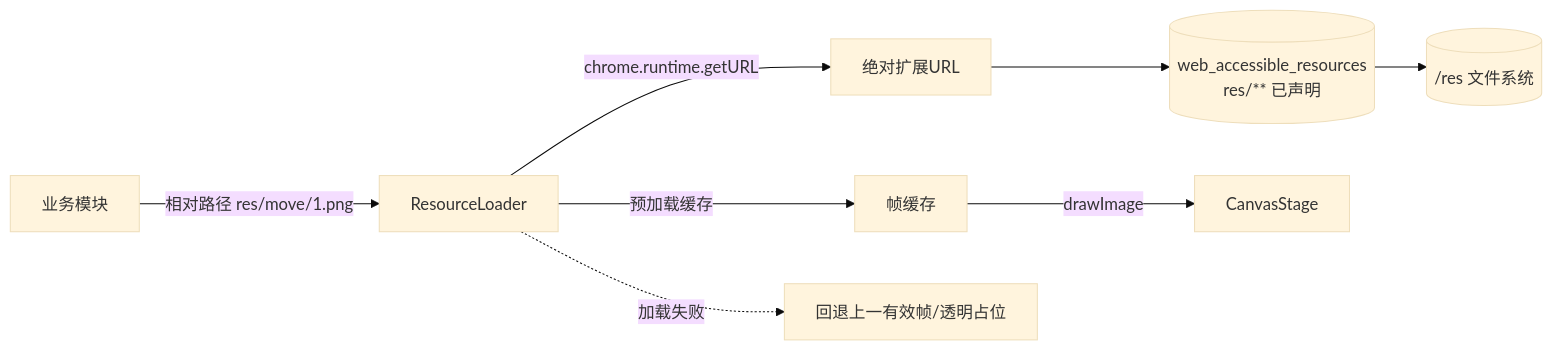
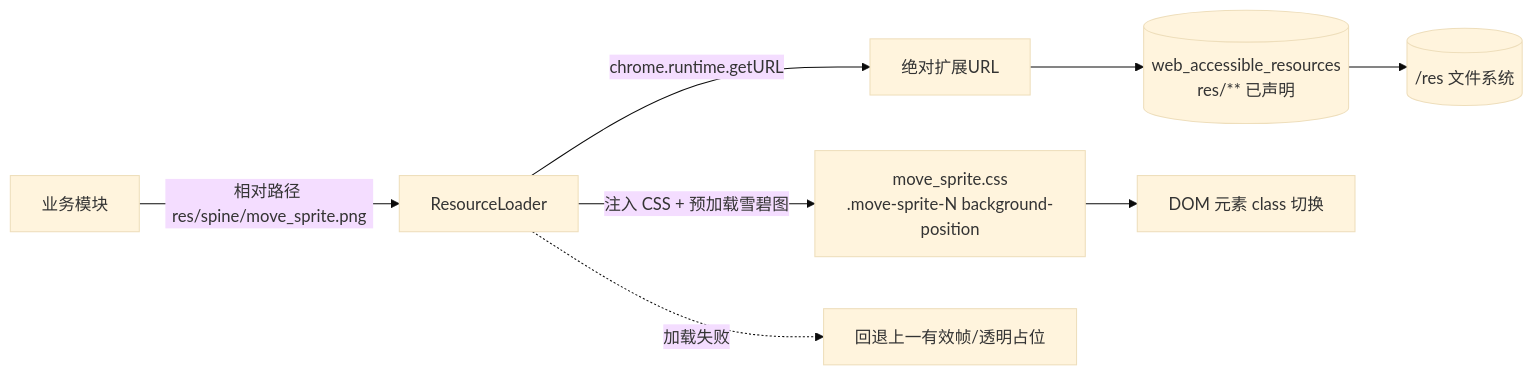
Before and after one commit to sher2018/cat_eyeing_mouse: the fifth of 11 diagrams in doc/1.software_architecture_document.md, drawn with Mermaid (base theme). The commit also changed other lines of this file and 25 other files, not shown here.

````diff
--- a/doc/1.software_architecture_document.md
+++ b/doc/1.software_architecture_document.md
@@ -321,10 +324,10 @@
 ```mermaid
 flowchart LR
-    CODE[业务模块] -->|相对路径 res/move/1.png| RL[ResourceLoader]
+    CODE[业务模块] -->|相对路径 res/spine/move_sprite.png| RL[ResourceLoader]
     RL -->|chrome.runtime.getURL| URL[绝对扩展URL]
     URL --> WAR[(web_accessible_resources<br/>res/** 已声明)]
     WAR --> RES[(/res 文件系统)]
-    RL -->|预加载缓存| CACHE[帧缓存]
-    CACHE -->|drawImage| CV[CanvasStage]
+    RL -->|注入 CSS + 预加载雪碧图| CSS[move_sprite.css<br/>.move-sprite-N background-position]
+    CSS --> DOM[DOM 元素 class 切换]
     RL -.加载失败.-> FB[回退上一有效帧/透明占位]
 ```
````
